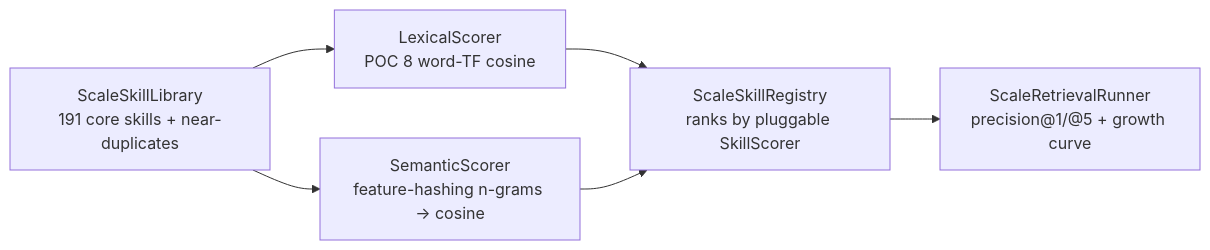
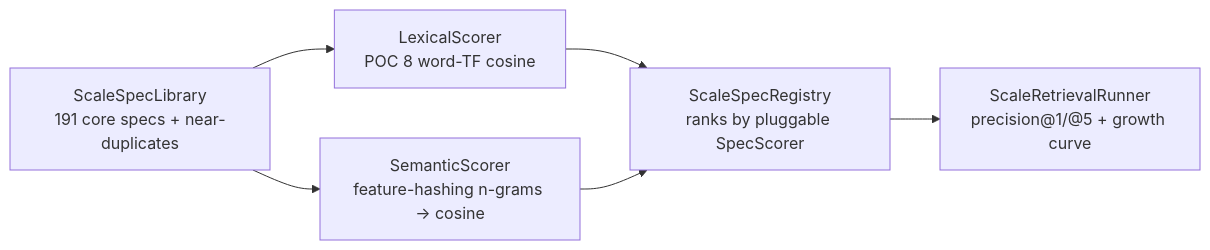
Before and after one commit to iromu/embabel-smith: the diagram in poc/poc-12-semantic-retrieval/README.md, drawn with Mermaid. The commit also changed other lines of this file and 650 other files, not shown here.

First line of the commit message:
Rename the skill-pack vocabulary to agent spec to match what the unit actually is

````diff
--- a/poc/poc-12-semantic-retrieval/README.md
+++ b/poc/poc-12-semantic-retrieval/README.md
@@ -30,11 +30,11 @@
 ```mermaid
 flowchart LR
-    LIB["ScaleSkillLibrary<br/>191 core skills + near-duplicates"]
+    LIB["ScaleSpecLibrary<br/>191 core specs + near-duplicates"]
     LEX["LexicalScorer<br/>POC 8 word-TF cosine"]
     SEM["SemanticScorer<br/>feature-hashing n-grams → cosine"]
-    REG["ScaleSkillRegistry<br/>ranks by pluggable SkillScorer"]
+    REG["ScaleSpecRegistry<br/>ranks by pluggable SpecScorer"]
     RUN["ScaleRetrievalRunner<br/>precision@1/@5 + growth curve"]
     LIB --> LEX --> REG
     LIB --> SEM --> REG
     REG --> RUN
 ```
````
